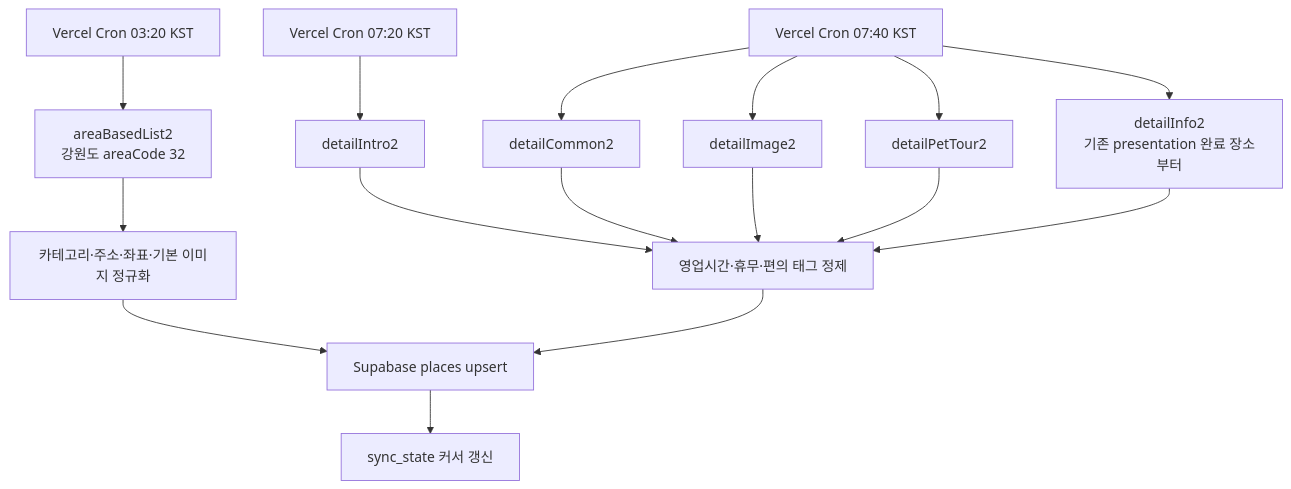
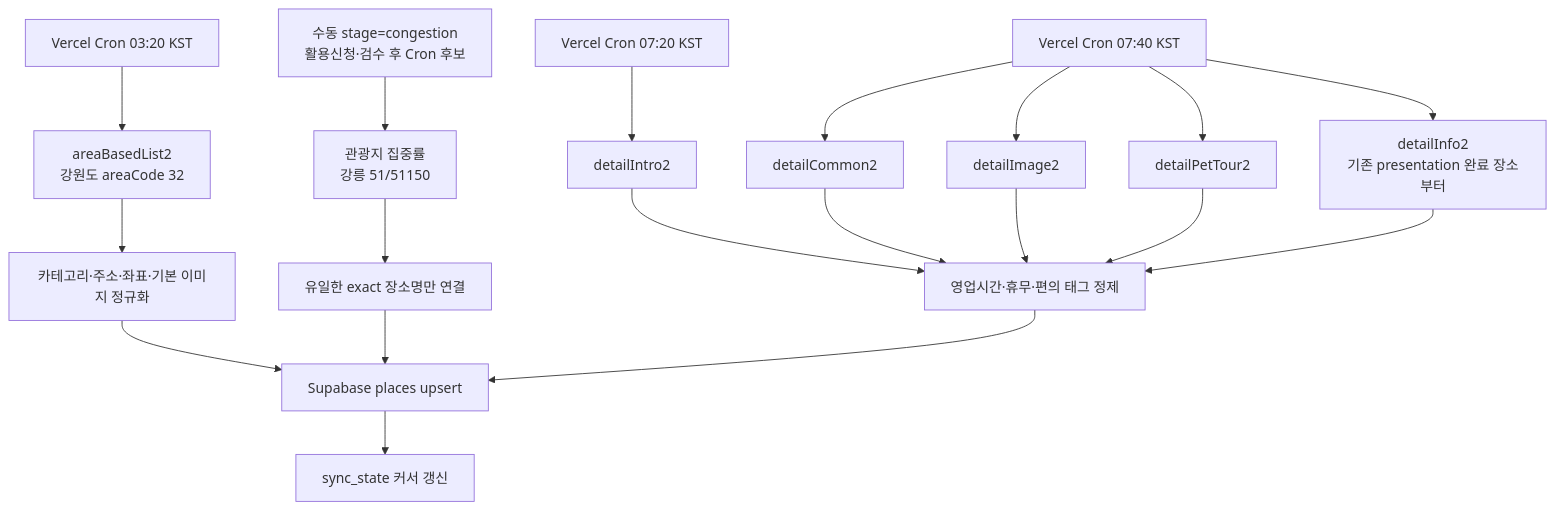
The fourth of 4 diagrams in docs/02_ARCHITECTURE.md (Newrred/tteumsae), drawn with Mermaid before and after one commit. The commit also changed other lines of this file and 27 other files, not shown here.

````diff
--- a/docs/02_ARCHITECTURE.md
+++ b/docs/02_ARCHITECTURE.md
@@ -152,18 +152,21 @@
 ```mermaid
 flowchart TD
     C1["Vercel Cron 03:20 KST"] --> L["areaBasedList2\n강원도 areaCode 32"]
     L --> N["카테고리·주소·좌표·기본 이미지 정규화"]
     N --> P["Supabase places upsert"]
     C2["Vercel Cron 07:20 KST"] --> I["detailIntro2"]
     C3["Vercel Cron 07:40 KST"] --> CO["detailCommon2"]
     C3 --> IM["detailImage2"]
     C3 --> PET["detailPetTour2"]
     C3 --> IF["detailInfo2\n기존 presentation 완료 장소부터"]
+    C4["수동 stage=congestion\n활용신청·검수 후 Cron 후보"] --> CG["관광지 집중률\n강릉 51/51150"]
+    CG --> CM["유일한 exact 장소명만 연결"]
+    CM --> P
     I --> E["영업시간·휴무·편의 태그 정제"]
     CO --> E
     IM --> E
     PET --> E
     IF --> E
     E --> P
     P --> ST["sync_state 커서 갱신"]
 ```
````
